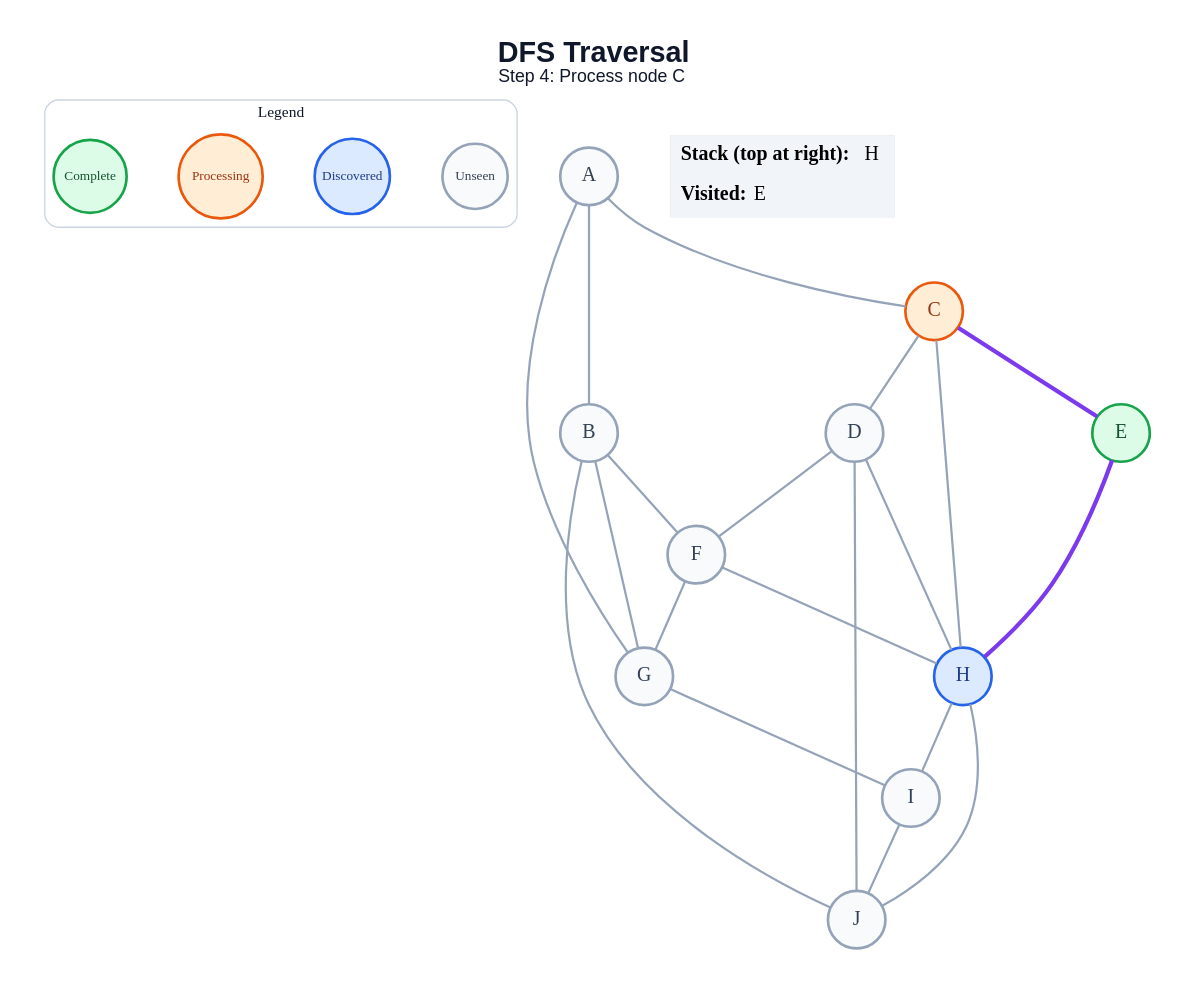
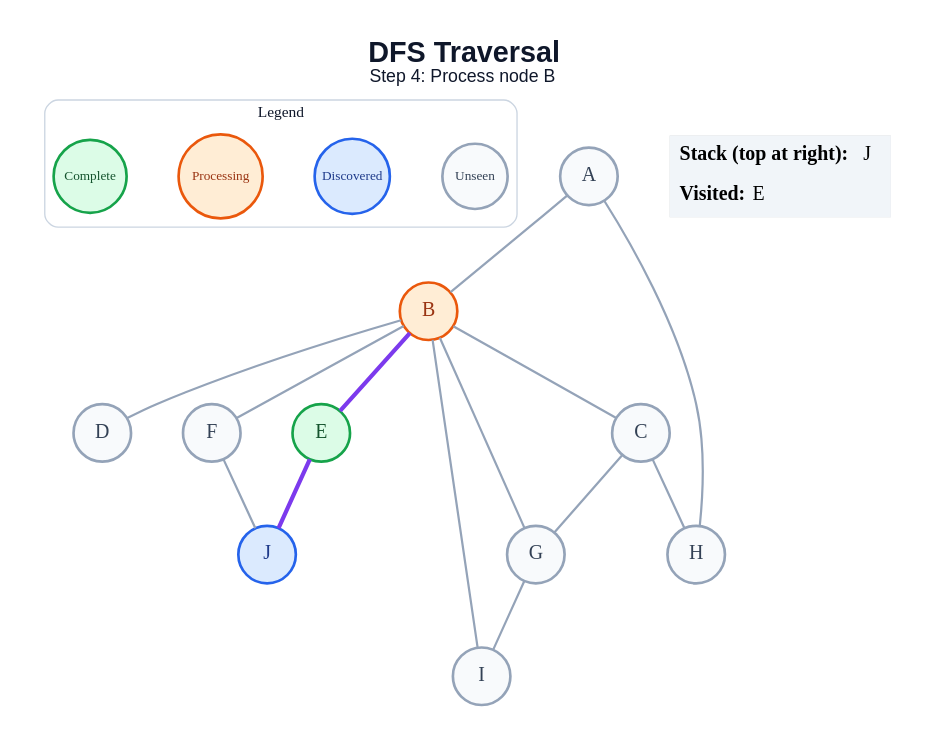
One commit to amanghodawala9/ai-slop changed the diagram in generated/specific-node/dfs/step_04.dot. Above: the diagram before and after it, drawn with Graphviz. The commit also changed 178 other files, not shown here.

```diff
--- a/generated/specific-node/dfs/step_04.dot
+++ b/generated/specific-node/dfs/step_04.dot
@@ -1,48 +1,42 @@
 graph traversal {
   graph [layout=dot, rankdir=TB, bgcolor="#FFFFFF", pad="0.35", nodesep="0.65", ranksep="0.8", fontname="Arial"];
   node [shape=circle, style="filled", fontname="Arial Bold", fontsize=18, width=0.72, fixedsize=true, penwidth=2.4];
   edge [color="#94A3B8", penwidth=2.0];
-  label=<<B>DFS Traversal</B><BR/><FONT POINT-SIZE="16">Step 4: Process node C</FONT>>; labelloc="t"; fontsize=26; fontname="Arial"; fontcolor="#0F172A";
+  label=<<B>DFS Traversal</B><BR/><FONT POINT-SIZE="16">Step 4: Process node B</FONT>>; labelloc="t"; fontsize=26; fontname="Arial"; fontcolor="#0F172A";
   subgraph cluster_legend { label="Legend"; color="#CBD5E1"; penwidth=1.2; style="rounded"; fontsize=14; fontname="Arial Bold";
     key_unseen [label="Unseen", fillcolor="#F8FAFC", color="#94A3B8", fontcolor="#334155", fontsize=12, width=0.82];
     key_frontier [label="Discovered", fillcolor="#DBEAFE", color="#2563EB", fontcolor="#1E3A8A", fontsize=12, width=0.95];
     key_current [label="Processing", fillcolor="#FFEDD5", color="#EA580C", fontcolor="#9A3412", fontsize=12, width=1.05];
     key_done [label="Complete", fillcolor="#DCFCE7", color="#16A34A", fontcolor="#14532D", fontsize=12, width=0.92];
     { rank=same; key_unseen; key_frontier; key_current; key_done; }
   }
   A [fillcolor="#F8FAFC", color="#94A3B8", fontcolor="#334155"];
-  B [fillcolor="#F8FAFC", color="#94A3B8", fontcolor="#334155"];
-  C [fillcolor="#FFEDD5", color="#EA580C", fontcolor="#9A3412"];
+  B [fillcolor="#FFEDD5", color="#EA580C", fontcolor="#9A3412"];
+  C [fillcolor="#F8FAFC", color="#94A3B8", fontcolor="#334155"];
   D [fillcolor="#F8FAFC", color="#94A3B8", fontcolor="#334155"];
   E [fillcolor="#DCFCE7", color="#16A34A", fontcolor="#14532D"];
   F [fillcolor="#F8FAFC", color="#94A3B8", fontcolor="#334155"];
   G [fillcolor="#F8FAFC", color="#94A3B8", fontcolor="#334155"];
-  H [fillcolor="#DBEAFE", color="#2563EB", fontcolor="#1E3A8A"];
+  H [fillcolor="#F8FAFC", color="#94A3B8", fontcolor="#334155"];
   I [fillcolor="#F8FAFC", color="#94A3B8", fontcolor="#334155"];
-  J [fillcolor="#F8FAFC", color="#94A3B8", fontcolor="#334155"];
+  J [fillcolor="#DBEAFE", color="#2563EB", fontcolor="#1E3A8A"];
   A -- B;
-  A -- C;
-  A -- G;
+  A -- H;
+  B -- C;
+  B -- D;
+  B -- E [color="#7C3AED", penwidth=3.8];
   B -- F;
   B -- G;
-  B -- J;
-  C -- D;
-  C -- E [color="#7C3AED", penwidth=3.8];
+  B -- I;
+  C -- G;
   C -- H;
-  D -- F;
-  D -- H;
-  D -- J;
-  E -- H [color="#7C3AED", penwidth=3.8];
-  F -- G;
-  F -- H;
+  E -- J [color="#7C3AED", penwidth=3.8];
+  F -- J;
   G -- I;
-  H -- I;
-  H -- J;
-  I -- J;
   status [shape=plain, fixedsize=false, width=0, height=0, margin=0, label=<
     <TABLE BORDER="0" CELLBORDER="0" CELLPADDING="7" BGCOLOR="#F1F5F9">
-      <TR><TD ALIGN="LEFT"><B>Stack (top at right):</B> H</TD></TR>
+      <TR><TD ALIGN="LEFT"><B>Stack (top at right):</B> J</TD></TR>
       <TR><TD ALIGN="LEFT"><B>Visited:</B> E</TD></TR>
     </TABLE>
   >];
 }
```
